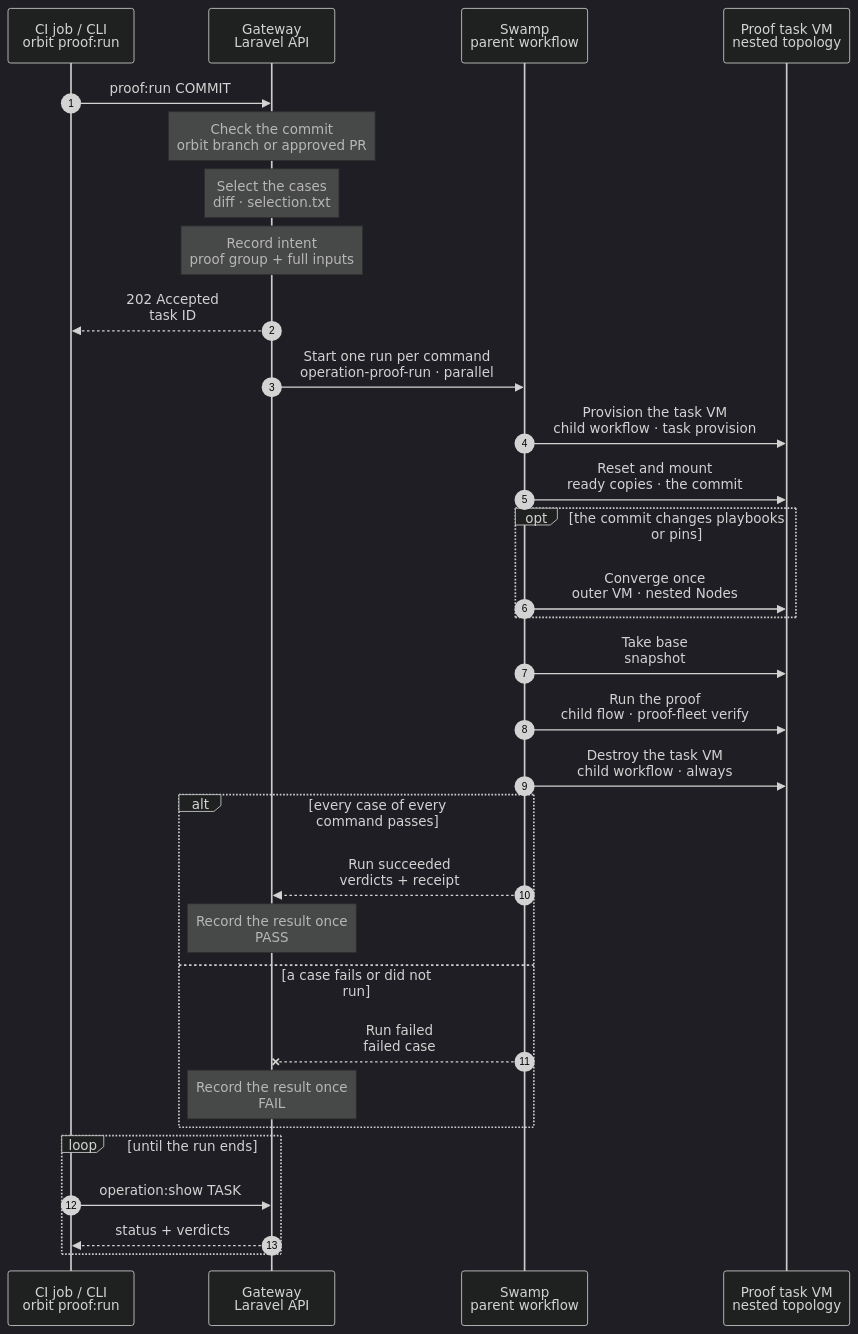
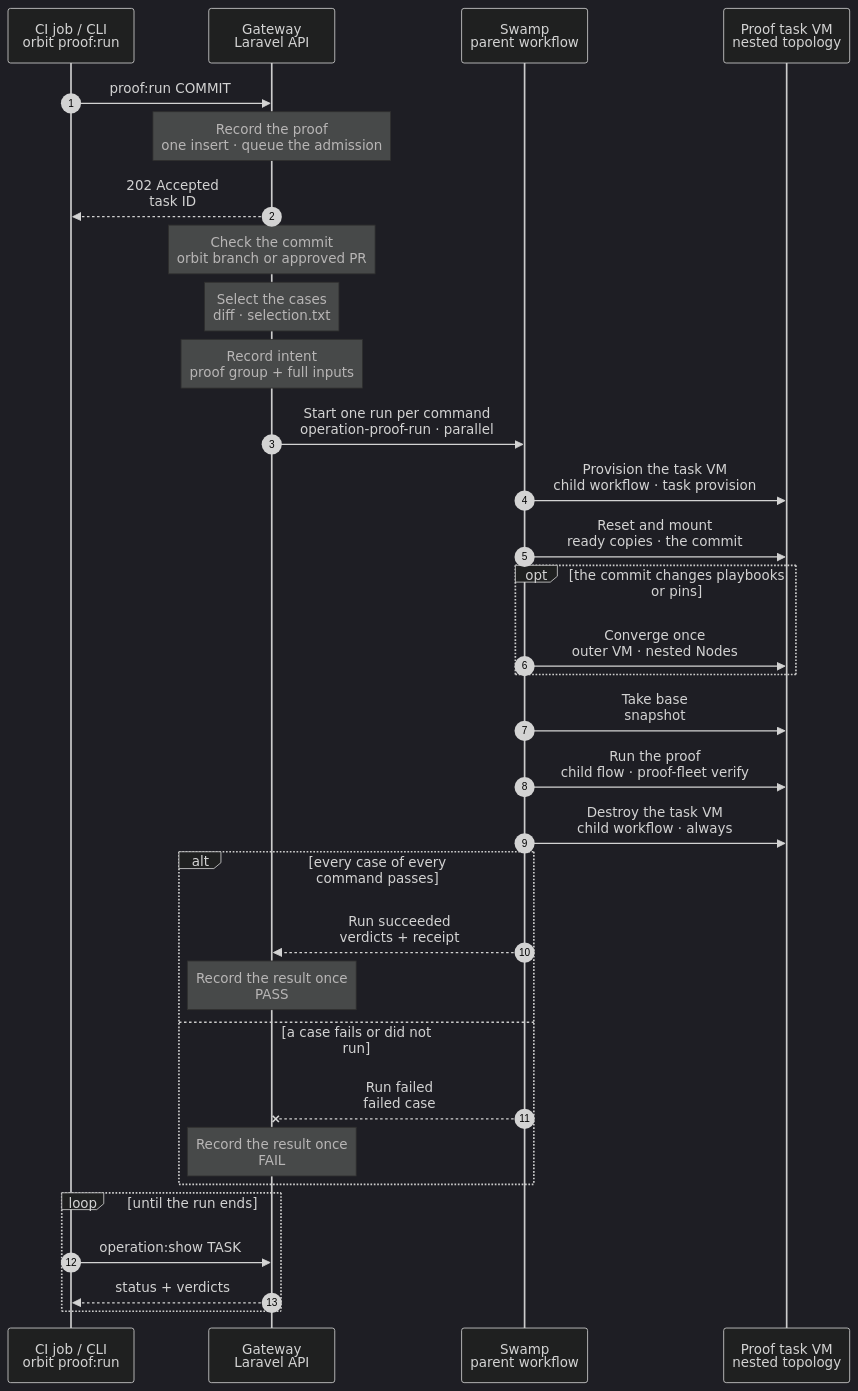
One commit to hardimpactdev/orbit changed the diagram in docs/cli/proof/run.mmd. Above: the diagram before and after it, drawn with Mermaid (dark theme). The commit also changed 10 other files, not shown here.

First line of the commit message:
Answer proof:run after one insert; admit the proof in a queue job (#3096)

```diff
--- a/docs/cli/proof/run.mmd
+++ b/docs/cli/proof/run.mmd
@@ -1,95 +1,102 @@
 sequenceDiagram
   %% Target design: one Swamp flow for proof:run (Nick + orchestrator, 2026-11-05). Gateway admits intent; each selected command gets its own parent run on its own proof VM, all in parallel; each run does provision, verify and cancel as children; Gateway projects each run once.
   %% status: draft
   %% command: proof:run
   %% kind: proof.run
   autonumber
   %% lane CLI icon=terminal pill=caller tone=gray
   %% lane GW icon=gateway pill=intent tone=blue
   %% lane SW icon=workflow pill=executes tone=green
   %% lane VM icon=server pill=target tone=amber
   participant CLI as CI job / CLI<br/>orbit proof:run
   participant GW as Gateway<br/>Laravel API
   participant SW as Swamp<br/>parent workflow
   participant VM as Proof task VM<br/>nested topology
   CLI->>GW: proof:run COMMIT
   %%> The CI job on a beast or shark runner, or a person, passes only the commit SHA.
+  Note over GW: Record the proof<br/>one insert · queue the admission
+  %%> Decided by the orchestrator, for Nick's review (2026-11-06):
+  %%> - the request records the proof Operation (commit, options, no runs yet), queues the admission job and answers 202 at once; it reads no GitHub, takes no lock and starts nothing
+  %%> - why: the request used to do all of the admission and hand the runs to Swamp one after another, which took 40 to 66 s, and a release that reloads PHP-FPM (`process_control_timeout` 30 s) ended it in the middle (proof.run 12343). A queue job is drained by the release with the Horizon workers, which it already waits for
+  %%> - the refusals of the admission (`proof.commit_untrusted`, `proof.path_unmapped`, `proof.github_unavailable`, `tasks.capacity_unavailable`, `ai_router.keys_busy`, `proof.execution_disabled`) are now on the proof Operation, with the code and the message, not in the answer of the request; the CLI follows the Operation as before. A request refuses at once only what it can see in the database: `proof.swamp_unavailable`
+  %%> - the job runs on the `tasks` queue (three workers), not on `operations`, whose one worker settles every Operation
+  GW-->>CLI: 202 Accepted<br/>task ID
+  %%> The CLI follows the proof and reads the refusal, the verdicts or the receipt from it.
   Note over GW: Check the commit<br/>orbit branch or approved PR
-  %%> Refuses a commit that is not on a hardimpactdev/orbit branch, or an outside PR without review and the run-proofs label.
+  %%> Runs in the admission job. Refuses a commit that is not on a hardimpactdev/orbit branch, or an outside PR without review and the run-proofs label.
   Note over GW: Select the cases<br/>diff · selection.txt
   %%> Docs-only changes end here: skipped, nothing to prove.
   Note over GW: Record intent<br/>proof group + full inputs
   %%> Creates the proof task group on Project 46 at the commit and renders every input the run needs. No more Gateway work until the end.
   %%> - the intent of each run also holds `head` and `merge_base`, for the proof that a new case fails on the merge base (stage 3 chart)
   %%> - each run starts with the check of the head (stage 3 chart, "Check the head"): `proof.head_behind_platform` when the head lacks a platform change that main has, `proof.sync_needed` when the proof VM has no `origin/main` to compare with; not built yet
-  GW-->>CLI: 202 Accepted<br/>task ID
   GW->>SW: Start one run per command<br/>operation-proof-run · parallel
   %%> One PR changes one command, so usually one run. Each run has its own proof VM, as stage 3 says; one failing command does not stop the others.
   %%> Built:
   %%> - the Gateway admits one Operation `proof.command` for each selected command, each on a task group of its own, and Swamp runs the workflow `operation-proof-run` for it; the runs start at once and run in parallel
   %%> - each run records itself once, from its terminal event, and the `proof.run` that the CLI follows closes when the last run has ended
   %%> Decided by the orchestrator, for Nick's review:
   %%> - the CLI follows one Gateway record, `proof.run`, because it needs one task ID; each run is an Operation of its own, so each has one Swamp run, one terminal event and one projection
   %%> - the Gateway closes `proof.run` from the records of the runs and runs nothing; it passes only when every run passed
   %%> - a proof needs the nested fleet, so each proof VM is placed only on a host whose seed holds usable ready copies of the current format (stage 2 chart); with no such host free, admission answers `tasks.capacity_unavailable`, even when a skipped host has free slots
   %%> - if one run cannot be admitted, for example when no host has room, nothing is kept: all the groups and VMs are admitted in one transaction and roll back together, no Swamp run starts, and `proof.run` fails with the reason
   %%> Decided by the orchestrator, for Nick's review (2026-11-06):
   %%> - a run started with `--report-only` (the report-only proof CI job) yields capacity to task and proof work: its VMs are admitted only on a host that keeps the slots of one large VM free after them, and it never overflows to UpCloud. With less room it fails at admission with `tasks.capacity_unavailable`, whose message names the reserve, and starts nothing. It uses the same admission as every run, with the free slots reduced; no queue and no loop
   %%> - why: two report-only proofs of a Swamp unit change started a run for every case, filled the host and made the Gateway refuse a critical-path proof; the report-only job never has to win capacity
   %%> - the flag goes when the proof CI becomes a required check
   %%> - a report-only VM is always a clone (it claims no ready slot), so a host of 6 slots, such as beast, takes one only when idle (one per idle host); a report-only proof of more commands fails at admission and the job goes red, which is acceptable for a job that is not required
   %%> - the reserve keeps one large VM free; a critical proof of several commands, which admits one large VM for each, can still be refused while report-only VMs run, and nothing queues
   %%> Decided by the orchestrator, for Nick's review (2026-11-06; inferred from the records of the stall of proof.run 12343, with no Gateway log):
   %%> - what happened: the `proof:run` request ended (activity `activity.interrupted`) while it admitted; it overlapped Gateway release 1737. The groups and the `proof.command` Operations had committed, but the request did not start their Swamp runs or write the run list into `proof.run`. The proof stayed `running` with `runs: []`, because nothing watches a `proof.run`, and it held the admission lock until the lock's 600 s limit
   %%> - the runs of a proof are the `proof.command` Operations whose input names the proof (`proof_operation_id`); the Gateway reads, settles and cancels them by that key, never from a list in the proof and never by commit, title or kind
   %%> - the run list is written inside the admission transaction, with the groups, so it commits with them; the transaction first checks that the proof is still open, so a proof that the watchdog ended admits nothing
   %%> - the admission lock is owned by the proof (`proof.run:ID`), so the proof can free it
   %%> - two cases, kept apart. (a) The request is gone: no Swamp run was started and nothing is left to start one. (b) A run waits: it has a Swamp run, which has its own budget, and it is never touched by (a)
-  %%> - (a) is detected from the absence of the request, not from the age of a run: a proof with no run 150 s after it started (the lock wait is 60 s and admission takes about a minute); a proof whose runs have all been quiet for 300 s while some were never handed to Swamp (the request hands them over one after another and each hand-over is answered within 120 s). The reconcile pass then ends the unstarted runs with `proof.admission_interrupted`, cancels their groups, closes the proof and frees the lock the proof owns (a lock that another admission or a teardown holds stays)
+  %%> - (a) is detected from the absence of the request, not from the age of a run: a proof with no run 300 s after it started (the job may wait in the queue, the lock wait is 60 s and admission takes about a minute); a proof whose runs have all been quiet for 300 s while some were never handed to Swamp (the job hands them over one after another and each hand-over is answered within 120 s). The reconcile pass then ends the unstarted runs with `proof.admission_interrupted`, cancels their groups, closes the proof and frees the lock the proof owns (a lock that another admission or a teardown holds stays)
   %%> - (b) does not exist before the run is handed to Swamp: capacity is decided at admission and refused at once with `tasks.capacity_unavailable` (`AllocateTaskVmAction::place`, caught in `TaskProvisionIntent::admit`); no scheduler waits for capacity; `capacity_wait_reason` is set only while a parked VM resumes. The generic 600 s admission limit stays as the backstop for an unstarted run and no run is ended earlier because it is slow
   %%> - not changed here: PHP-FPM reload (`gateway-rollback`) waits `process_control_timeout` (30 s) for requests in flight, so a request longer than that dies at a release; the release flow does not drain or reject HTTP admissions
   SW->>VM: Provision the task VM<br/>child workflow · task provision
   %%> The same path every task uses today: clone the task image and seed, boot, enrol, check out the commit.
   SW->>VM: Reset and mount<br/>ready copies · the commit
   %%> What it does:
   %%> - Orbit's own Swamp reaches into the task VM over SSH, like every other step, and resets the nested topology from the ready copies
   %%> - pushes the proof Swamp Club key from its vault into the nested Gateway; the nested Gateway runs its own Swamp as part of the Orbit under test
   %%> - the nested Gateway and app-dev have the VM's checkout of the commit as a disk device (stage 2); `composer install` and `bun install` ran in the VM's checkout; then the apply step: migrations and a restart of the long-running services
   %%> Built, not yet passed live:
   %%> - the reset is the workflow `task-nested-fleet` inside `operation-task-provision` (start from the ready copies, apply, readiness, take `base`); the old direct reset was removed. By 2026-11-06, 12 of 22 fleet starts succeeded; the build of a fleet from scratch (`task_vm.fleet_build`) has not succeeded yet
   opt the commit changes playbooks or pins
     SW->>VM: Converge once<br/>outer VM · nested Nodes
     %%> What it does:
     %%> - image playbooks on the outer VM; role playbooks and pins on the nested Nodes, through the nested Orbit's `node:converge`
     %%> - the nested Orbit reads the playbooks from the mounted checkout; the proof never resets the outer VM, so this lasts the whole run
     %%> - the base images are not touched; only the merge and the seed refresh change them
   end
   SW->>VM: Take base<br/>snapshot
   %%> What it does:
   %%> - a plain Incus snapshot `base` of the three nested containers, with any converged state in it
   %%> - it holds the Club key; accepted because the VM and its snapshots are destroyed after the run
   SW->>VM: Run the proof<br/>child flow · proof-fleet verify
   %%> What it does:
   %%> - each batch applies its declared start state; its cases run one after another with their own resources and no undo
   %%> - a batch setup that fails stops the run, and the remaining cases become `unrun`
   %%> - built, not yet passed live: the restore of `base` before each batch and after a case that did not pass is the workflow `proof-fleet-restore`; 0 of 2 runs succeeded by 2026-11-06; the old restore was removed
   %%> - one verdict per case, as in the proof stage of the [command development pipeline](/reference/command-development-pipeline)
   %%> - built: the parent run starts the Swamp workflow `proof-fleet-verify` on Node 209 as a child, with the cases file and the pinned SSH target of this VM; it runs the runner over official SSH, one child per batch and one per case, and no second Swamp runs for this step
   %%> - the parent run joins the verdict lines in its `Report` step; the Gateway reads that step once, when the run ends, and records the verdicts; no step calls back
   SW->>VM: Destroy the task VM<br/>child workflow · always
   %%> Runs after success or failure, so no proof VM is left behind.
   %%> Built:
   %%> - the child `operation-task-cancel` with the input that the Gateway captured with the VM at admission; if it did not run or failed, the Gateway cancels the group the normal way, which destroys the VM
   %%> - the Gateway cancels the group of a run with the trigger `proof-run`; a group is cancelled only through the Operation that owns it (its `proof.command`, or its image refresh with the trigger `image-refresh`)
   alt every case of every command passes
     SW-->>GW: Run succeeded<br/>verdicts + receipt
     Note over GW: Record the result once<br/>PASS
   else a case fails or did not run
     SW--xGW: Run failed<br/>failed case
     Note over GW: Record the result once<br/>FAIL
   end
   loop until the run ends
     CLI->>GW: operation:show TASK
     GW-->>CLI: status + verdicts
   end
   %%> The CI job passes or fails on the verdict; the merge requires it, and the proof does not run again after the merge.
```
